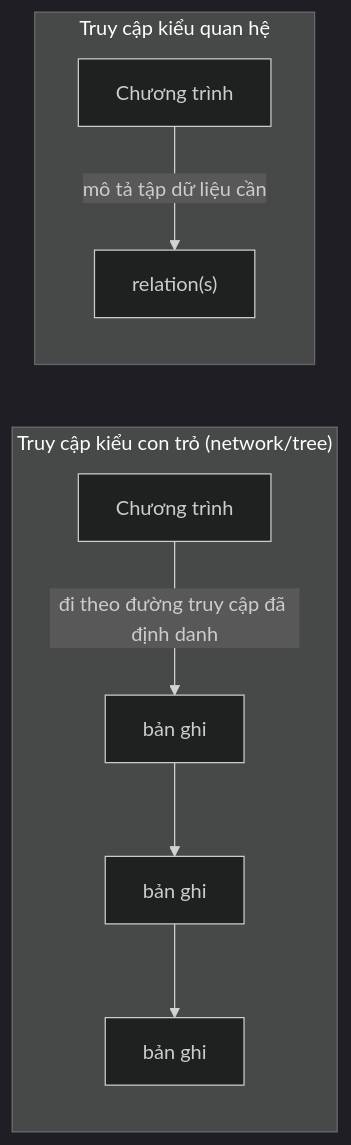
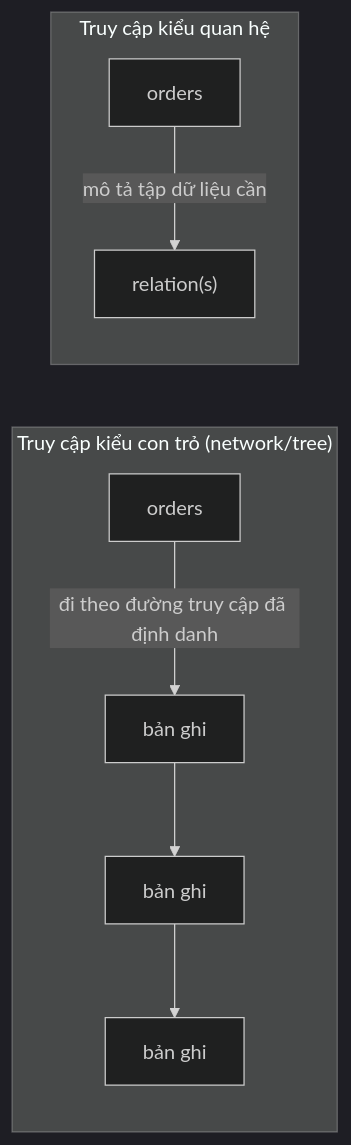
The first of 4 diagrams in docs/12-he-thong-du-lieu/02-mo-hinh-du-lieu.md (pirumu/irust), drawn with Mermaid (dark theme) before and after one commit. The commit also changed other lines of this file and 27 other files, not shown here.

````diff
--- a/docs/12-he-thong-du-lieu/02-mo-hinh-du-lieu.md
+++ b/docs/12-he-thong-du-lieu/02-mo-hinh-du-lieu.md
@@ -42,11 +46,11 @@
 ```mermaid
 flowchart LR
   subgraph Cu["Truy cập kiểu con trỏ (network/tree)"]
-    A1["Chương trình"] -->|"đi theo đường truy cập đã định danh"| P1["bản ghi"]
+    A1["orders"] -->|"đi theo đường truy cập đã định danh"| P1["bản ghi"]
     P1 --> P2["bản ghi"]
     P2 --> P3["bản ghi"]
   end
   subgraph Qh["Truy cập kiểu quan hệ"]
-    A2["Chương trình"] -->|"mô tả tập dữ liệu cần"| R["relation(s)"]
+    A2["orders"] -->|"mô tả tập dữ liệu cần"| R["relation(s)"]
   end
 ```
````
